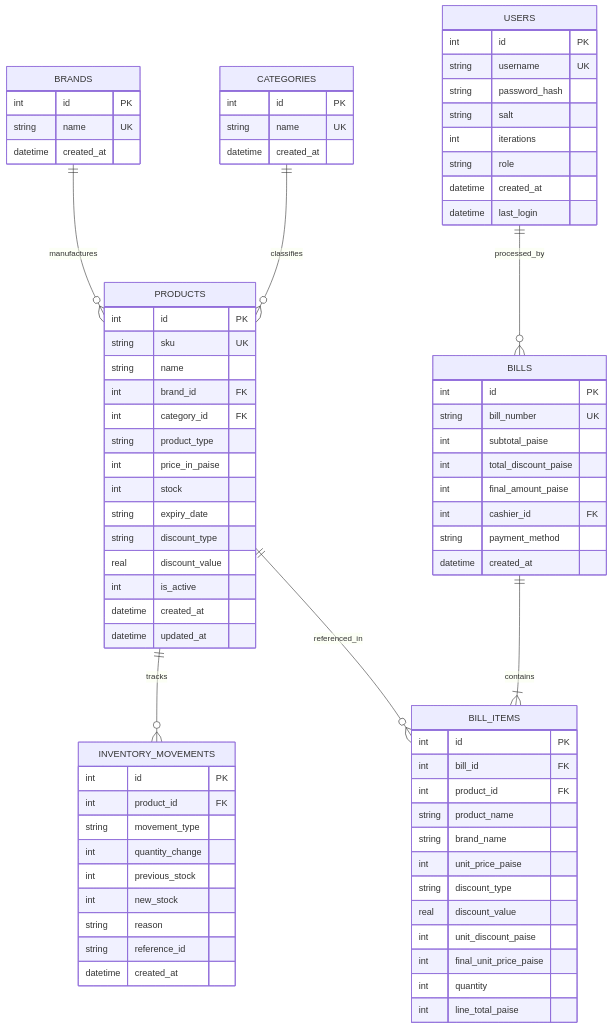
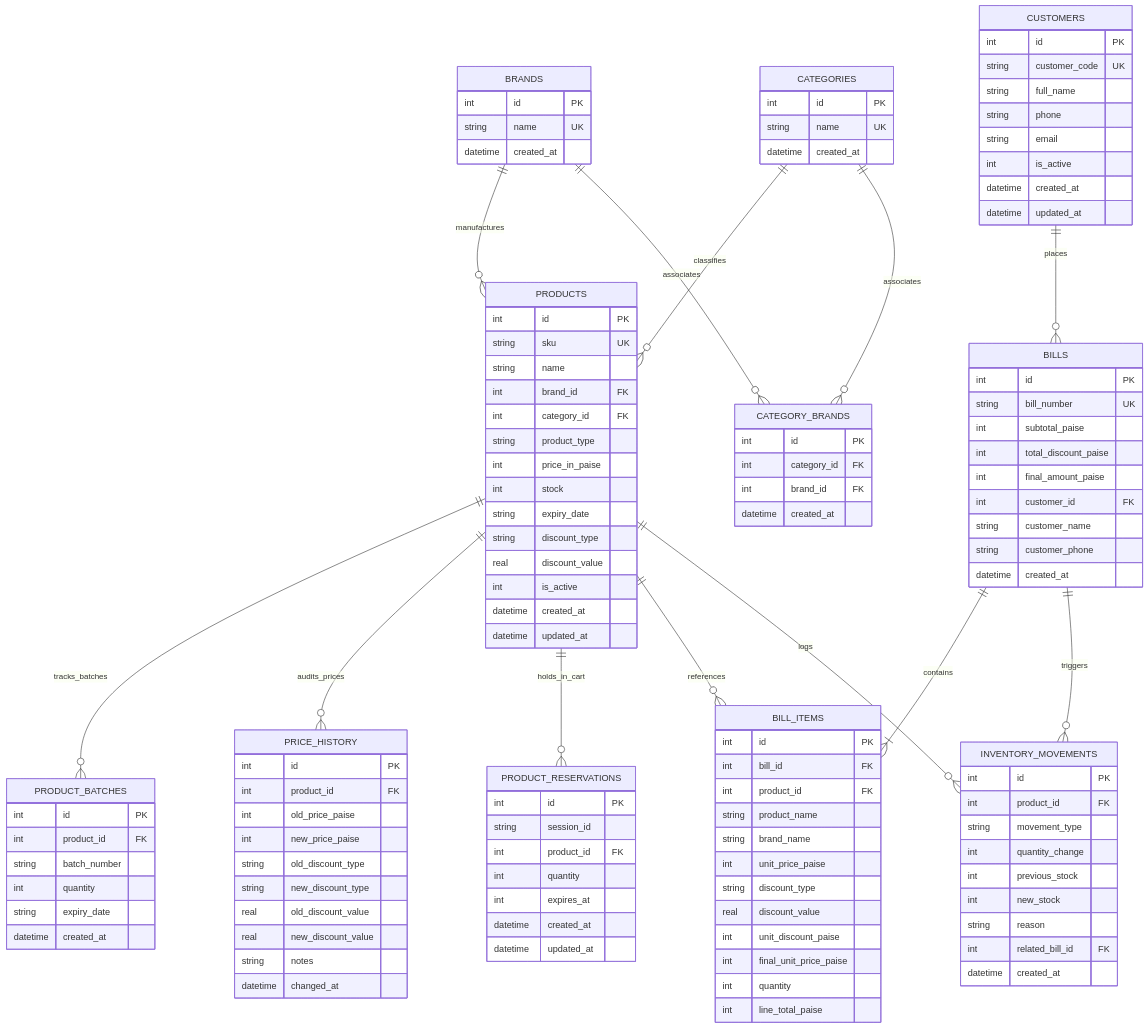
The diagram in docs/DATABASE_SCHEMA.md (Sarthak-SethiNsd/Super-Market-Billing-System), drawn with Mermaid before and after one commit. The commit also changed other lines of this file and 23 other files, not shown here.

Commit message:
fix(core): resolve edge cases across brand search, fixed discounts, and cart holds; update comprehensive technical documentation

````diff
--- a/docs/DATABASE_SCHEMA.md
+++ b/docs/DATABASE_SCHEMA.md
@@ -72,10 +78,16 @@
 erDiagram
     BRANDS ||--o{ PRODUCTS : manufactures
     CATEGORIES ||--o{ PRODUCTS : classifies
-    PRODUCTS ||--o{ INVENTORY_MOVEMENTS : tracks
-    PRODUCTS ||--o{ BILL_ITEMS : referenced_in
+    CATEGORIES ||--o{ CATEGORY_BRANDS : associates
+    BRANDS ||--o{ CATEGORY_BRANDS : associates
+    PRODUCTS ||--o{ PRODUCT_BATCHES : tracks_batches
+    PRODUCTS ||--o{ PRICE_HISTORY : audits_prices
+    PRODUCTS ||--o{ PRODUCT_RESERVATIONS : holds_in_cart
+    CUSTOMERS ||--o{ BILLS : places
     BILLS ||--|{ BILL_ITEMS : contains
-    USERS ||--o{ BILLS : processed_by
+    PRODUCTS ||--o{ BILL_ITEMS : references
+    PRODUCTS ||--o{ INVENTORY_MOVEMENTS : logs
+    BILLS ||--o{ INVENTORY_MOVEMENTS : triggers
 
     BRANDS {
         int id PK
@@ -86,6 +98,13 @@
     CATEGORIES {
         int id PK
         string name UK
+        datetime created_at
+    }
+
+    CATEGORY_BRANDS {
+        int id PK
+        int category_id FK
+        int brand_id FK
         datetime created_at
     }
 
@@ -106,14 +125,58 @@
         datetime updated_at
     }
 
+    PRODUCT_BATCHES {
+        int id PK
+        int product_id FK
+        string batch_number
+        int quantity
+        string expiry_date
+        datetime created_at
+    }
+
+    PRICE_HISTORY {
+        int id PK
+        int product_id FK
+        int old_price_paise
+        int new_price_paise
+        string old_discount_type
+        string new_discount_type
+        real old_discount_value
+        real new_discount_value
+        string notes
+        datetime changed_at
+    }
+
+    PRODUCT_RESERVATIONS {
+        int id PK
+        string session_id
+        int product_id FK
+        int quantity
+        int expires_at
+        datetime created_at
+        datetime updated_at
+    }
+
+    CUSTOMERS {
+        int id PK
+        string customer_code UK
+        string full_name
+        string phone
+        string email
+        int is_active
+        datetime created_at
+        datetime updated_at
+    }
+
     BILLS {
         int id PK
         string bill_number UK
         int subtotal_paise
         int total_discount_paise
         int final_amount_paise
-        int cashier_id FK
-        string payment_method
+        int customer_id FK
+        string customer_name
+        string customer_phone
         datetime created_at
     }
 
@@ -140,18 +203,7 @@
         int previous_stock
         int new_stock
         string reason
-        string reference_id
+        int related_bill_id FK
         datetime created_at
     }
-
-    USERS {
-        int id PK
-        string username UK
-        string password_hash
-        string salt
-        int iterations
-        string role
-        datetime created_at
-        datetime last_login
-    }
 ```
````
